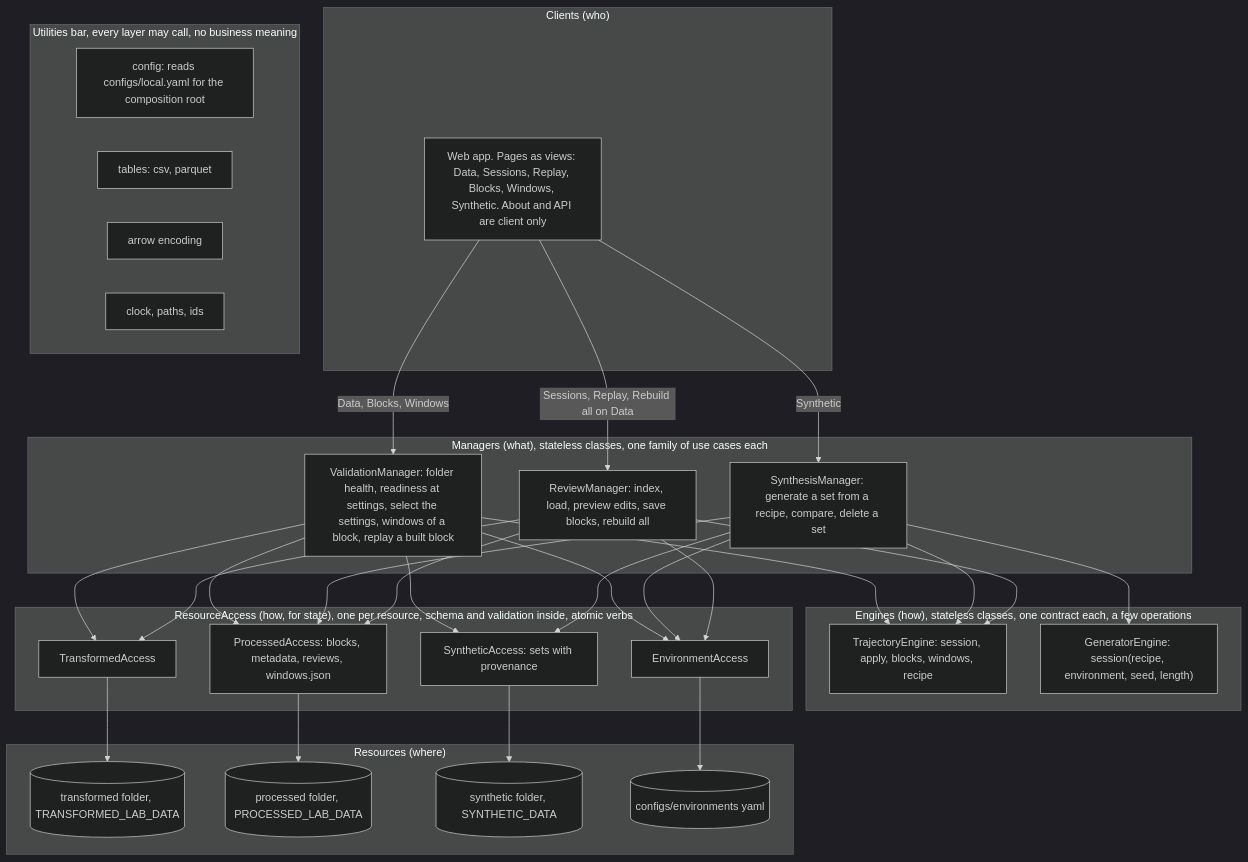
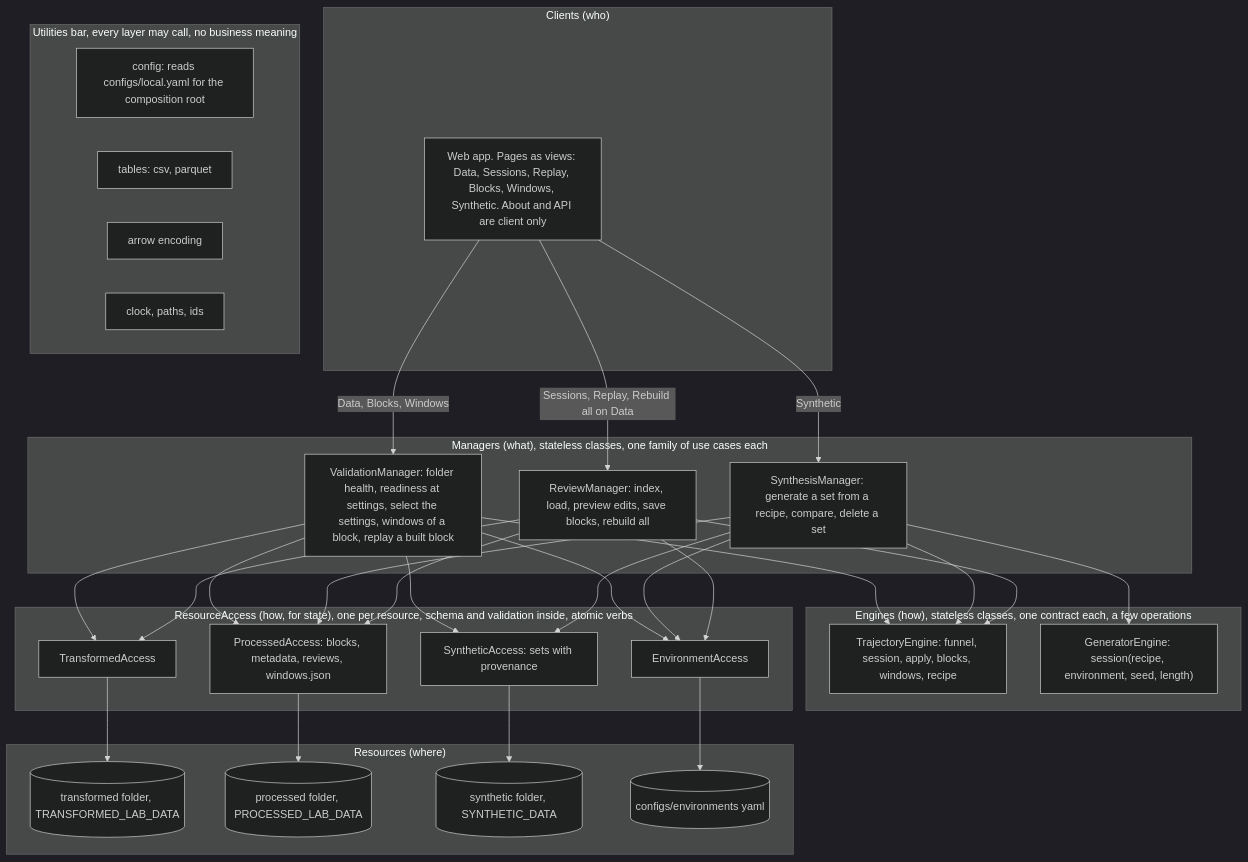
Before and after one commit to kshannon/axis-of-travel-rnn: the first of 5 diagrams in ratreplay/docs/architecture.md, drawn with Mermaid (dark theme). The commit also changed other lines of this file and 6 other files, not shown here.

Commit message:
Add the TrajectoryEngine and GeneratorEngine contracts: the rules and window settings as plain dicts at today's values, six and one stub operations, and a stricter layering rule for the new engines

````diff
--- a/ratreplay/docs/architecture.md
+++ b/ratreplay/docs/architecture.md
@@ -80,57 +80,57 @@
 ```mermaid
 flowchart TB
     subgraph Clients["Clients (who)"]
         UI["Web app. Pages as views: Data, Sessions, Replay, Blocks, Windows, Synthetic. About and API are client only"]
     end
     subgraph Managers["Managers (what), stateless classes, one family of use cases each"]
         RM["ReviewManager: index, load, preview edits, save blocks, rebuild all"]
         SM["SynthesisManager: generate a set from a recipe, compare, delete a set"]
         VM["ValidationManager: folder health, readiness at settings, select the settings, windows of a block, replay a built block"]
     end
     subgraph Engines["Engines (how), stateless classes, one contract each, a few operations"]
-        TE["TrajectoryEngine: session, apply, blocks, windows, recipe"]
+        TE["TrajectoryEngine: funnel, session, apply, blocks, windows, recipe"]
         GE["GeneratorEngine: session(recipe, environment, seed, length)"]
     end
     subgraph RA["ResourceAccess (how, for state), one per resource, schema and validation inside, atomic verbs"]
         TA["TransformedAccess"]
         PA["ProcessedAccess: blocks, metadata, reviews, windows.json"]
         SA["SyntheticAccess: sets with provenance"]
         EA["EnvironmentAccess"]
     end
     subgraph Resources["Resources (where)"]
         RT[("transformed folder, TRANSFORMED_LAB_DATA")]
         RP[("processed folder, PROCESSED_LAB_DATA")]
         RS[("synthetic folder, SYNTHETIC_DATA")]
         RE[("configs/environments yaml")]
     end
     subgraph Utilities["Utilities bar, every layer may call, no business meaning"]
         UC["config: reads configs/local.yaml for the composition root"]
         UT["tables: csv, parquet"]
         UA["arrow encoding"]
         UK["clock, paths, ids"]
     end
 
     UI -->|Sessions, Replay, Rebuild all on Data| RM
     UI -->|Synthetic| SM
     UI -->|Data, Blocks, Windows| VM
 
     RM --> TE
     RM --> TA
     RM --> PA
     RM --> EA
     SM --> TE
     SM --> GE
     SM --> PA
     SM --> SA
     SM --> EA
     VM --> TE
     VM --> TA
     VM --> PA
     VM --> SA
     VM --> EA
 
     TA --> RT
     PA --> RP
     SA --> RS
     EA --> RE
 ```
````
